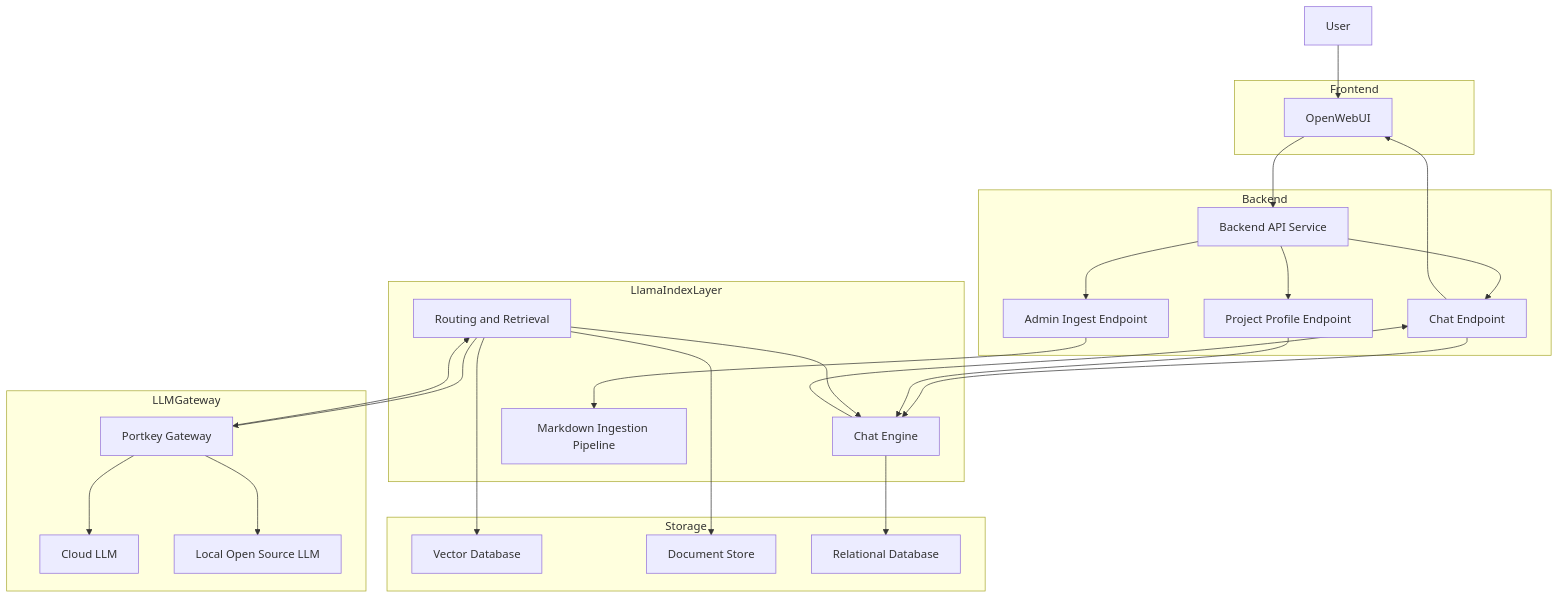
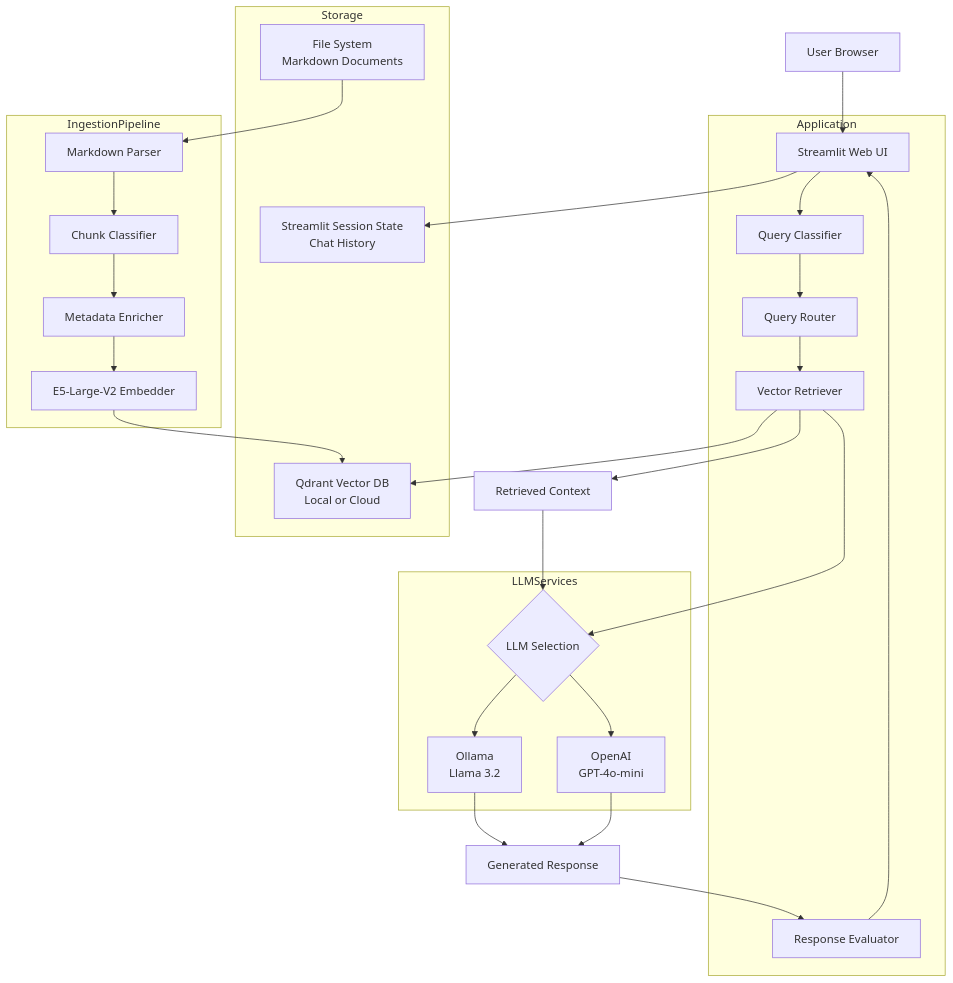
One commit to jonkiky/chatbot changed the first of 3 diagrams in System-Design-AI-Chatbot-App.md. Above: the diagram before and after it, drawn with Mermaid. The commit also changed other lines of this file and 2 other files, not shown here.

````diff
--- a/System-Design-AI-Chatbot-App.md
+++ b/System-Design-AI-Chatbot-App.md
@@ -86,59 +148,54 @@
 ```mermaid
 flowchart TD
 
-	User --> OpenWebUI
+	User[User Browser] --> StreamlitUI
 
-	subgraph Frontend
-		OpenWebUI
+	subgraph Application
+		StreamlitUI[Streamlit Web UI]
+		QueryClassifier[Query Classifier]
+		QueryRouter[Query Router]
+		Retriever[Vector Retriever]
+		Evaluator[Response Evaluator]
 	end
 
-	OpenWebUI --> BackendAPI
+	StreamlitUI --> QueryClassifier
+	QueryClassifier --> QueryRouter
+	QueryRouter --> Retriever
 
-	subgraph Backend
-		BackendAPI[Backend API Service]
-		ChatEndpoint[Chat Endpoint]
-		ProfileEndpoint[Project Profile Endpoint]
-		IngestEndpoint[Admin Ingest Endpoint]
+	Retriever --> VectorDB
+	Retriever --> LLM
+
+	subgraph Storage
+		VectorDB[Qdrant Vector DB<br/>Local or Cloud]
+		SessionState[Streamlit Session State<br/>Chat History]
+		FileSystem[File System<br/>Markdown Documents]
 	end
 
-	BackendAPI --> ChatEndpoint
-	BackendAPI --> ProfileEndpoint
-	BackendAPI --> IngestEndpoint
+	Retriever --> Context
+	Context[Retrieved Context] --> LLM
 
-	ChatEndpoint --> ChatEngine
-	ProfileEndpoint --> ChatEngine
-
-	subgraph LlamaIndexLayer
-		ChatEngine[Chat Engine]
-		RouterEngine[Routing and Retrieval]
-		IngestionPipeline[Markdown Ingestion Pipeline]
+	subgraph LLMServices
+		LLM{LLM Selection}
+		Ollama[Ollama<br/>Llama 3.2]
+		OpenAI[OpenAI<br/>GPT-4o-mini]
 	end
 
-	IngestEndpoint --> IngestionPipeline
+	LLM --> Ollama
+	LLM --> OpenAI
 
-	RouterEngine --> VectorDB
-	RouterEngine --> DocumentStore
-	ChatEngine --> SQLDatabase
+	Ollama --> Response
+	OpenAI --> Response
 
-	subgraph Storage
-		VectorDB[Vector Database]
-		DocumentStore[Document Store]
-		SQLDatabase[Relational Database]
+	Response[Generated Response] --> Evaluator
+	Evaluator --> StreamlitUI
+
+	StreamlitUI --> SessionState
+
+	subgraph IngestionPipeline
+		FileSystem --> Parser[Markdown Parser]
+		Parser --> Classifier[Chunk Classifier]
+		Classifier --> Enricher[Metadata Enricher]
+		Enricher --> Embedder[E5-Large-V2 Embedder]
+		Embedder --> VectorDB
 	end
-
-	RouterEngine --> PortkeyGateway
-
-	subgraph LLMGateway
-		PortkeyGateway[Portkey Gateway]
-		CloudLLM[Cloud LLM]
-		LocalLLM[Local Open Source LLM]
-	end
-
-	PortkeyGateway --> CloudLLM
-	PortkeyGateway --> LocalLLM
-
-	PortkeyGateway --> RouterEngine
-	RouterEngine --> ChatEngine
-	ChatEngine --> ChatEndpoint
-	ChatEndpoint --> OpenWebUI
 ```
````
